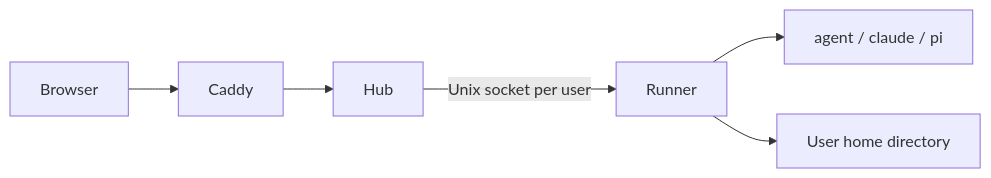
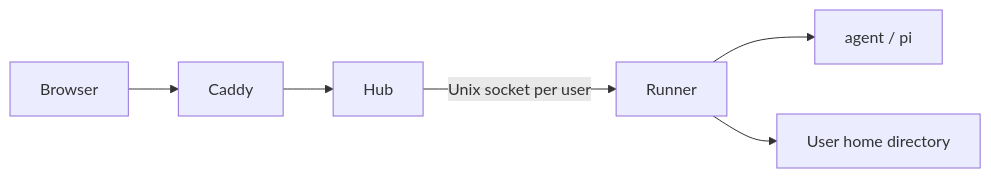
Before and after one commit to skuilplek/engineroom: the diagram in README.md, drawn with Mermaid. The commit also changed other lines of this file and 42 other files, not shown here.

````diff
--- a/README.md
+++ b/README.md
@@ -75,8 +76,8 @@
 ```mermaid
 flowchart LR
   Browser --> Caddy
   Caddy --> Hub
   Hub -->|"Unix socket per user"| Runner
-  Runner --> AgentCLIs["agent / claude / pi"]
+  Runner --> AgentCLIs["agent / pi"]
   Runner --> UserHome["User home directory"]
 ```
````
